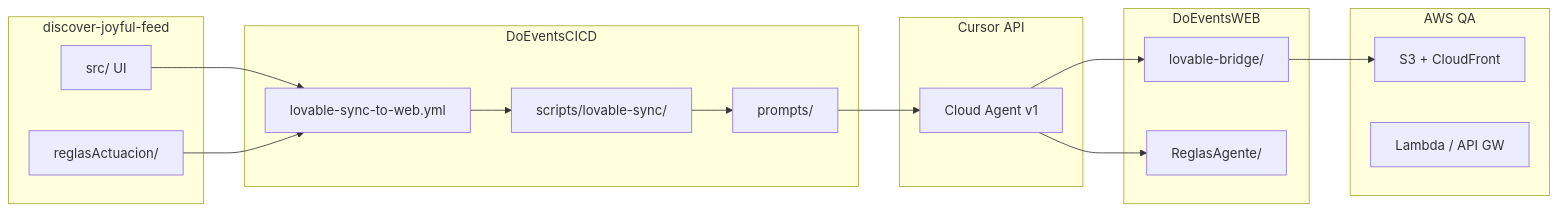
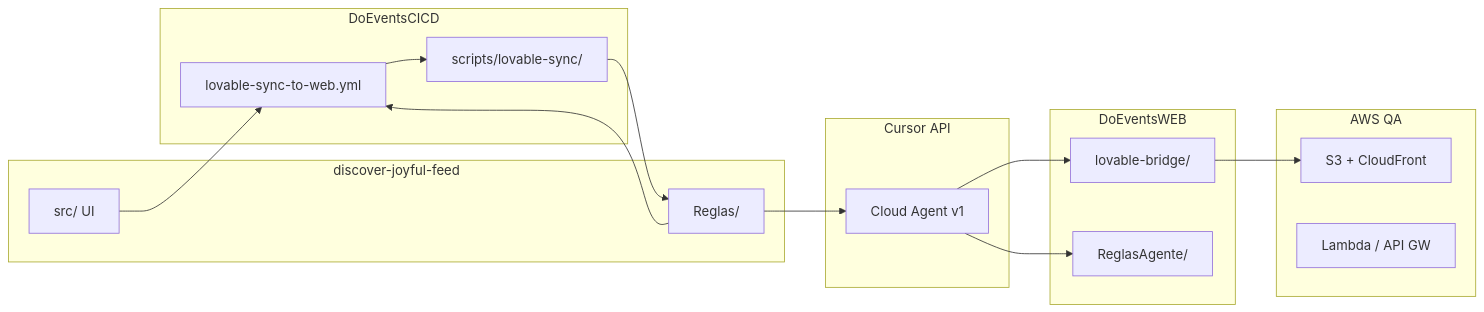
The diagram in README.md (doeventsrepo/DoEventsCICD), drawn with Mermaid before and after one commit. The commit also changed other lines of this file and 29 other files, not shown here.

````diff
--- a/README.md
+++ b/README.md
@@ -57,36 +57,36 @@
 ```mermaid
 flowchart LR
     subgraph Design["discover-joyful-feed"]
         L[src/ UI]
         R[reglasActuacion/]
     end
 
     subgraph CICD["DoEventsCICD"]
         W[lovable-sync-to-web.yml]
         S[scripts/lovable-sync/]
-        P[prompts/]
+        R[Reglas/]
     end
 
     subgraph Agent["Cursor API"]
         CA[Cloud Agent v1]
     end
 
     subgraph App["DoEventsWEB"]
         RB[lovable-bridge/]
         RA[ReglasAgente/]
     end
 
     subgraph AWS["AWS QA"]
         S3[S3 + CloudFront]
         LBD[Lambda / API GW]
     end
 
     L --> W
     R --> W
     W --> S
-    S --> P
-    P --> CA
+    S --> R
+    R --> CA
     CA --> RB
     CA --> RA
     RB --> S3
 ```
````
